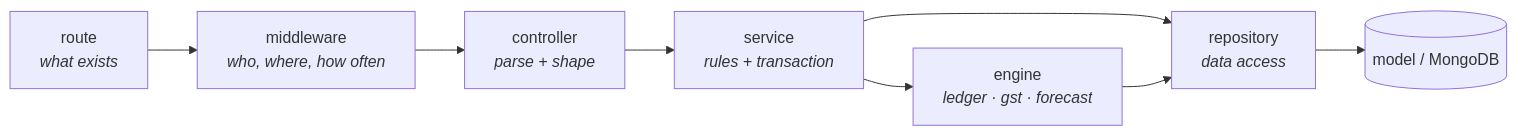
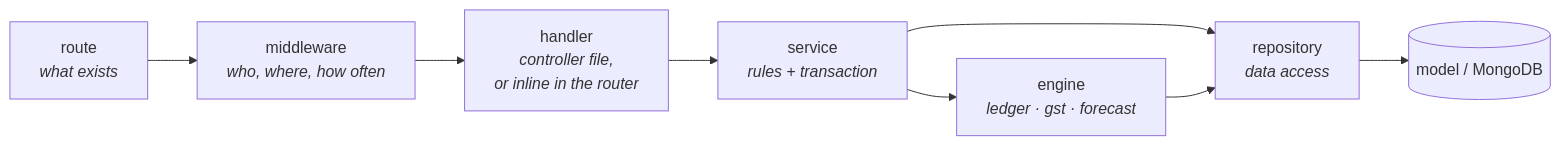
Before and after one commit to YashParmar081005/fin-pilot-: the second of 5 diagrams in docs/architecture.md, drawn with Mermaid. The commit also changed other lines of this file and 2 other files, not shown here.

First line of the commit message:
A 12-slide architecture deck, and the controller layer as it really is

````diff
--- a/docs/architecture.md
+++ b/docs/architecture.md
@@ -113,10 +116,10 @@
 ```mermaid
 flowchart LR
     R["route<br/><i>what exists</i>"] --> M["middleware<br/><i>who, where, how often</i>"]
-    M --> C["controller<br/><i>parse + shape</i>"]
+    M --> C["handler<br/><i>controller file,<br/>or inline in the router</i>"]
     C --> S["service<br/><i>rules + transaction</i>"]
     S --> E["engine<br/><i>ledger · gst · forecast</i>"]
     S --> P["repository<br/><i>data access</i>"]
     E --> P
     P --> D[("model / MongoDB")]
 ```
````
